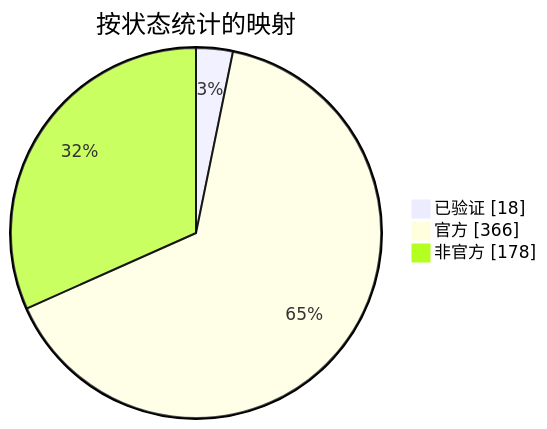
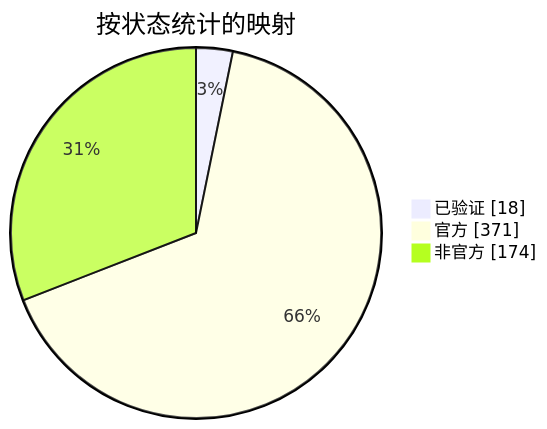
One commit to nobrega8/mbmap-library changed the diagram in docs/readme/README_ZHS.md. Above: the diagram before and after it, drawn with Mermaid. The commit also changed 10 other files, not shown here.

````diff
--- a/docs/readme/README_ZHS.md
+++ b/docs/readme/README_ZHS.md
@@ -54,7 +54,7 @@
 ```mermaid
 pie showData
     title 按状态统计的映射
     "已验证" : 18
-    "官方" : 366
-    "非官方" : 178
+    "官方" : 371
+    "非官方" : 174
 ```
````
